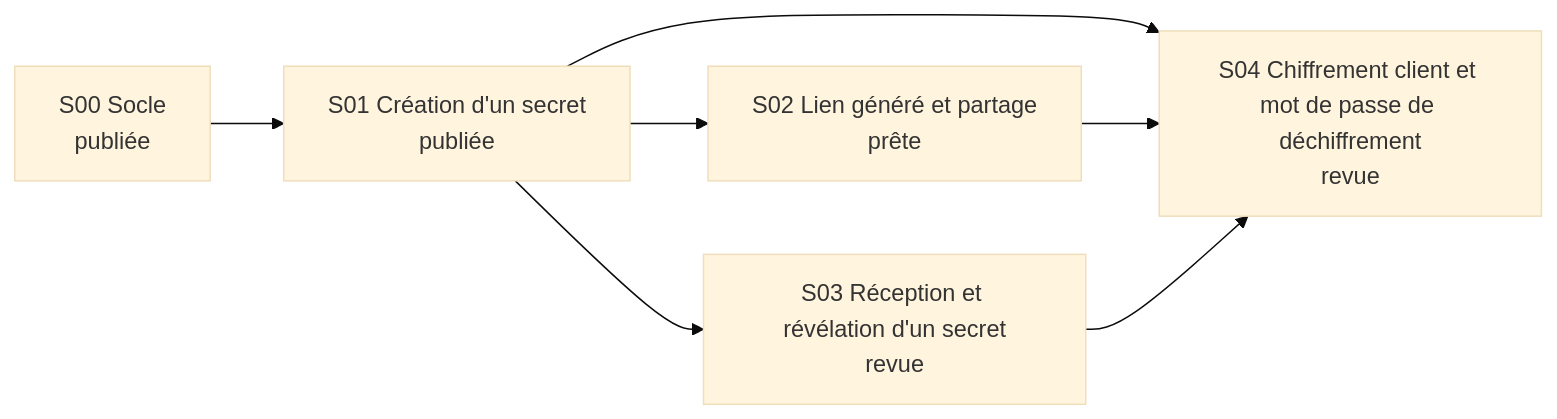
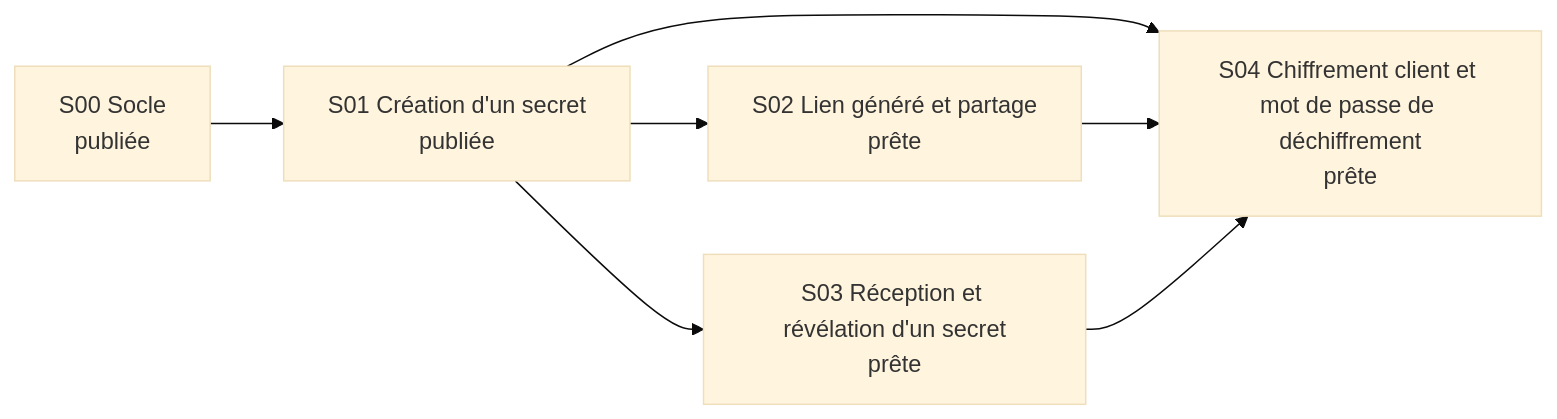
One commit to lgrdev/eloneva-secret changed the diagram in specs/_index.md. Above: the diagram before and after it, drawn with Mermaid (base theme). The commit also changed other lines of this file and 3 other files, not shown here.

````diff
--- a/specs/_index.md
+++ b/specs/_index.md
@@ -23,14 +23,14 @@
 ```mermaid
 flowchart LR
   S00["S00 Socle<br/>publiée"]
   S01["S01 Création d'un secret<br/>publiée"]
   S02["S02 Lien généré et partage<br/>prête"]
-  S03["S03 Réception et révélation d'un secret<br/>revue"]
-  S04["S04 Chiffrement client et mot de passe de déchiffrement<br/>revue"]
+  S03["S03 Réception et révélation d'un secret<br/>prête"]
+  S04["S04 Chiffrement client et mot de passe de déchiffrement<br/>prête"]
   S00 --> S01
   S01 --> S02
   S01 --> S03
   S01 --> S04
   S02 --> S04
   S03 --> S04
 ```
````
